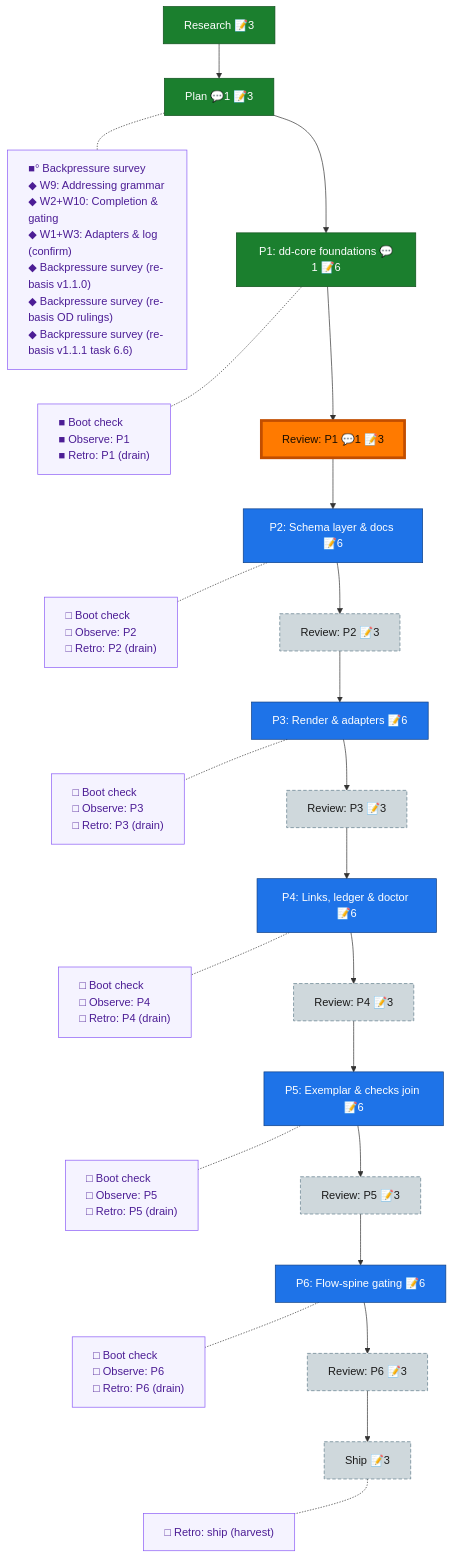
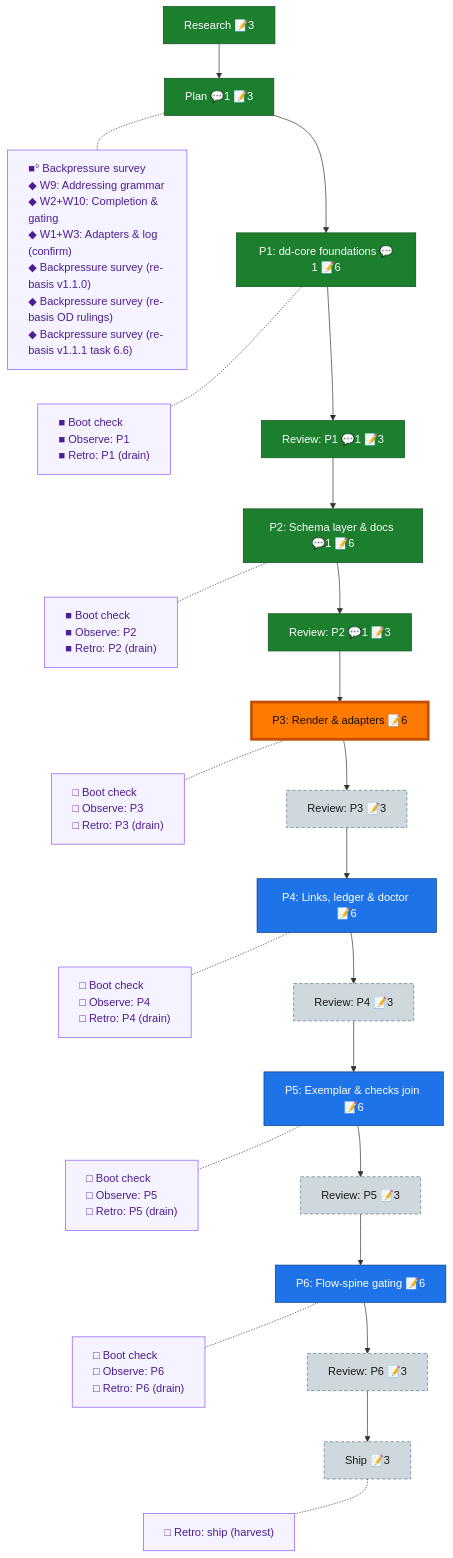
One commit to AI-Substrate/harness-engineering changed the diagram in docs/plans/065-deterministic-documents/the-flow.md. Above: the diagram before and after it, drawn with Mermaid. The commit also changed other lines of this file and 2 other files, not shown here.

Commit message:
chore(flow): P2 closeout — phase-2/review-2 done (APPROVE 5/5 mutations after 2 fix rounds), observe-2/retro-2 receipted, retro record 002 drained (8 entries), nav -> phase-3

````diff
--- a/docs/plans/065-deterministic-documents/the-flow.md
+++ b/docs/plans/065-deterministic-documents/the-flow.md
@@ -8,49 +8,49 @@
 ```mermaid
 flowchart TD
     research["Research 📝3"]:::done
     plan["Plan 💬1 📝3"]:::done
     phase_1["P1: dd-core foundations 💬1 📝6"]:::done
     review_1["Review: P1 💬1 📝3"]:::done
-    phase_2["P2: Schema layer & docs 📝6"]:::known
-    review_2["Review: P2 📝3"]:::assumed
+    phase_2["P2: Schema layer & docs 💬1 📝6"]:::done
+    review_2["Review: P2 💬1 📝3"]:::done
     phase_3["P3: Render & adapters 📝6"]:::known
     review_3["Review: P3 📝3"]:::assumed
     phase_4["P4: Links, ledger & doctor 📝6"]:::known
     review_4["Review: P4 📝3"]:::assumed
     phase_5["P5: Exemplar & checks join 📝6"]:::known
     review_5["Review: P5 📝3"]:::assumed
     phase_6["P6: Flow-spine gating 📝6"]:::known
     review_6["Review: P6 📝3"]:::assumed
     ship["Ship 📝3"]:::assumed
 
     research --> plan --> phase_1 --> review_1 --> phase_2 --> review_2 --> phase_3 --> review_3 --> phase_4 --> review_4 --> phase_5 --> review_5 --> phase_6 --> review_6 --> ship
 
     planC["■° Backpressure survey<br/>◆ W9: Addressing grammar<br/>◆ W2+W10: Completion & gating<br/>◆ W1+W3: Adapters & log (confirm)<br/>◆ Backpressure survey (re-basis v1.1.0)<br/>◆ Backpressure survey (re-basis OD rulings)<br/>◆ Backpressure survey (re-basis v1.1.1 task 6.6)"]:::chore
     phase_1C["■ Boot check<br/>■ Observe: P1<br/>■ Retro: P1 (drain)"]:::chore
-    phase_2C["□ Boot check<br/>□ Observe: P2<br/>□ Retro: P2 (drain)"]:::chore
+    phase_2C["■ Boot check<br/>■ Observe: P2<br/>■ Retro: P2 (drain)"]:::chore
     phase_3C["□ Boot check<br/>□ Observe: P3<br/>□ Retro: P3 (drain)"]:::chore
     phase_4C["□ Boot check<br/>□ Observe: P4<br/>□ Retro: P4 (drain)"]:::chore
     phase_5C["□ Boot check<br/>□ Observe: P5<br/>□ Retro: P5 (drain)"]:::chore
     phase_6C["□ Boot check<br/>□ Observe: P6<br/>□ Retro: P6 (drain)"]:::chore
     shipC["□ Retro: ship (harvest)"]:::chore
 
     %% invisible chain holds the gutter boxes in their own column
     planC ~~~ phase_1C ~~~ phase_2C ~~~ phase_3C ~~~ phase_4C ~~~ phase_5C ~~~ phase_6C ~~~ shipC
 
     %% dotted links pull each gutter box beside its node
     plan -.- planC
     phase_1 -.- phase_1C
     phase_2 -.- phase_2C
     phase_3 -.- phase_3C
     phase_4 -.- phase_4C
     phase_5 -.- phase_5C
     phase_6 -.- phase_6C
     ship -.- shipC
 
     classDef done fill:#1B7F2E,stroke:#0F4F1B,color:#fff;
     classDef known fill:#1E73E8,stroke:#0D3F86,color:#fff;
     classDef assumed fill:#CFD8DC,stroke:#607D8B,color:#1a1a1a,stroke-dasharray:5 3;
     classDef chore fill:#f5f3ff,stroke:#8b5cf6,color:#4c1d95,text-align:left;
     classDef current fill:#FF7A00,stroke:#C24E00,color:#1a0e00,stroke-width:4px;
-    class review_1 current;
+    class phase_3 current;
 ```
````
